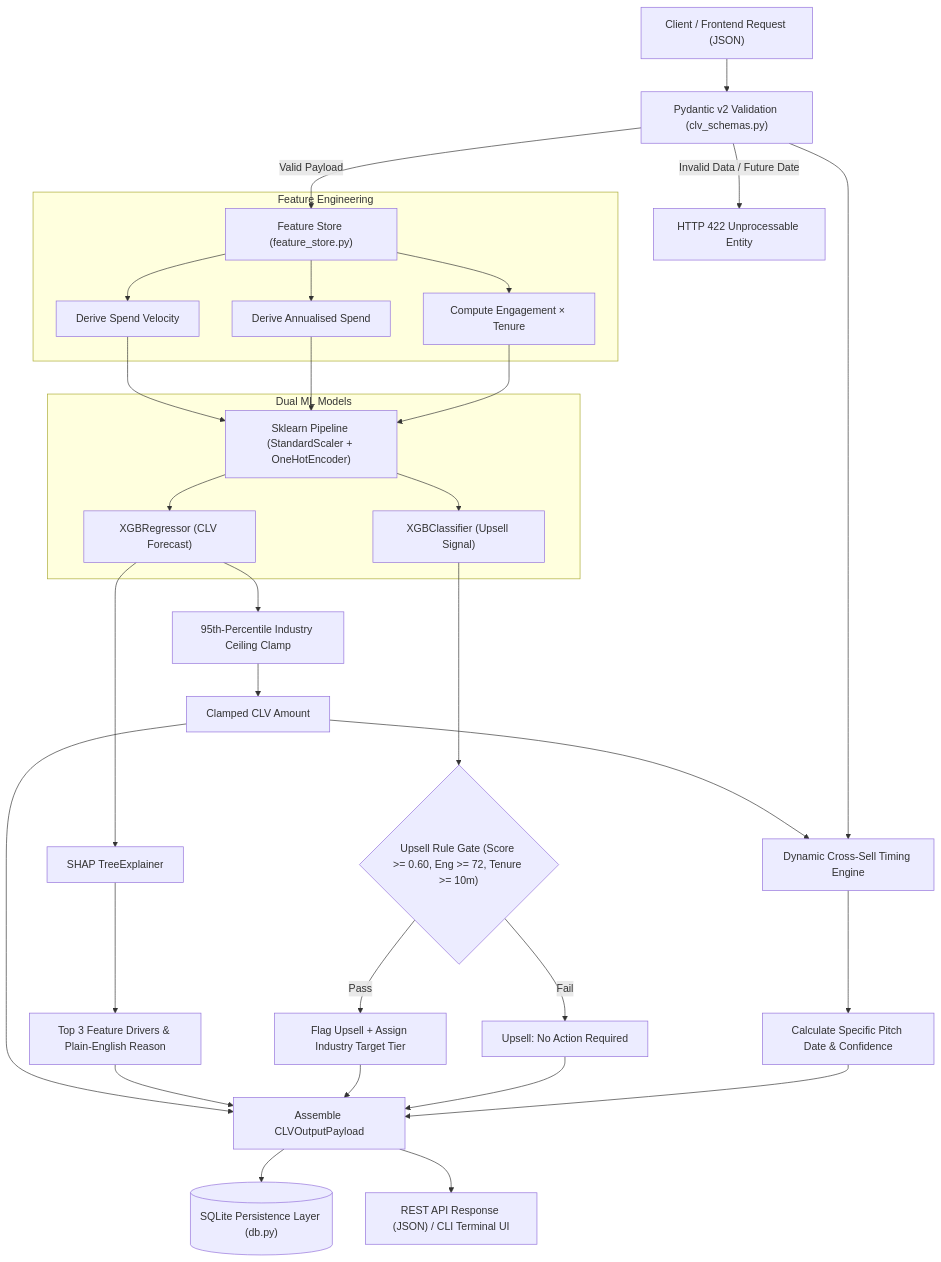
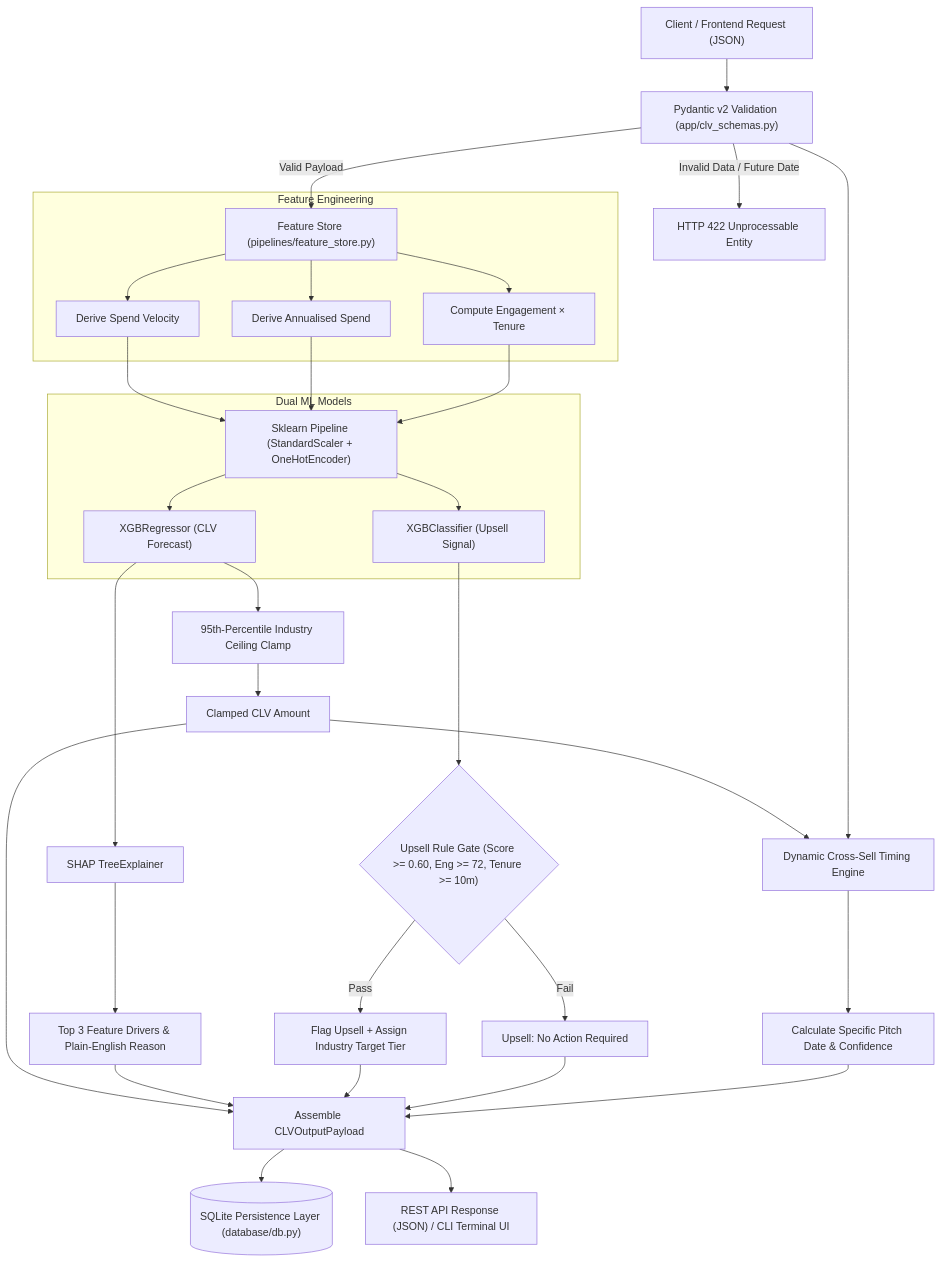
Before and after one commit to bhumibisen12/client-lifetime-value-prediction: the diagram in README.md, drawn with Mermaid. The commit also changed other lines of this file and 1 other file, not shown here.

````diff
--- a/README.md
+++ b/README.md
@@ -74,36 +74,36 @@
 ```mermaid
 flowchart TD
-    A["Client / Frontend Request (JSON)"] --> B["Pydantic v2 Validation (clv_schemas.py)"]
+    A["Client / Frontend Request (JSON)"] --> B["Pydantic v2 Validation (app/clv_schemas.py)"]
     B -->|Invalid Data / Future Date| ERR["HTTP 422 Unprocessable Entity"]
-    B -->|Valid Payload| C["Feature Store (feature_store.py)"]
+    B -->|Valid Payload| C["Feature Store (pipelines/feature_store.py)"]
     
     subgraph Feature Engineering
         C --> C1["Derive Spend Velocity"]
         C --> C2["Derive Annualised Spend"]
         C --> C3["Compute Engagement × Tenure"]
     end
     
     C1 & C2 & C3 --> D["Sklearn Pipeline (StandardScaler + OneHotEncoder)"]
     
     subgraph Dual ML Models
         D --> E1["XGBRegressor (CLV Forecast)"]
         D --> E2["XGBClassifier (Upsell Signal)"]
     end
     
     E1 --> F["95th-Percentile Industry Ceiling Clamp"]
     F --> G["Clamped CLV Amount"]
     
     E1 --> H["SHAP TreeExplainer"]
     H --> I["Top 3 Feature Drivers & Plain-English Reason"]
     
     E2 --> J{"Upsell Rule Gate (Score >= 0.60, Eng >= 72, Tenure >= 10m)"}
     J -->|Pass| K["Flag Upsell + Assign Industry Target Tier"]
     J -->|Fail| L["Upsell: No Action Required"]
     
     G & B --> M["Dynamic Cross-Sell Timing Engine"]
     M --> N["Calculate Specific Pitch Date & Confidence"]
     
     G & I & K & L & N --> O["Assemble CLVOutputPayload"]
-    O --> P[("SQLite Persistence Layer (db.py)")]
+    O --> P[("SQLite Persistence Layer (database/db.py)")]
     O --> Q["REST API Response (JSON) / CLI Terminal UI"]
 ```
````
